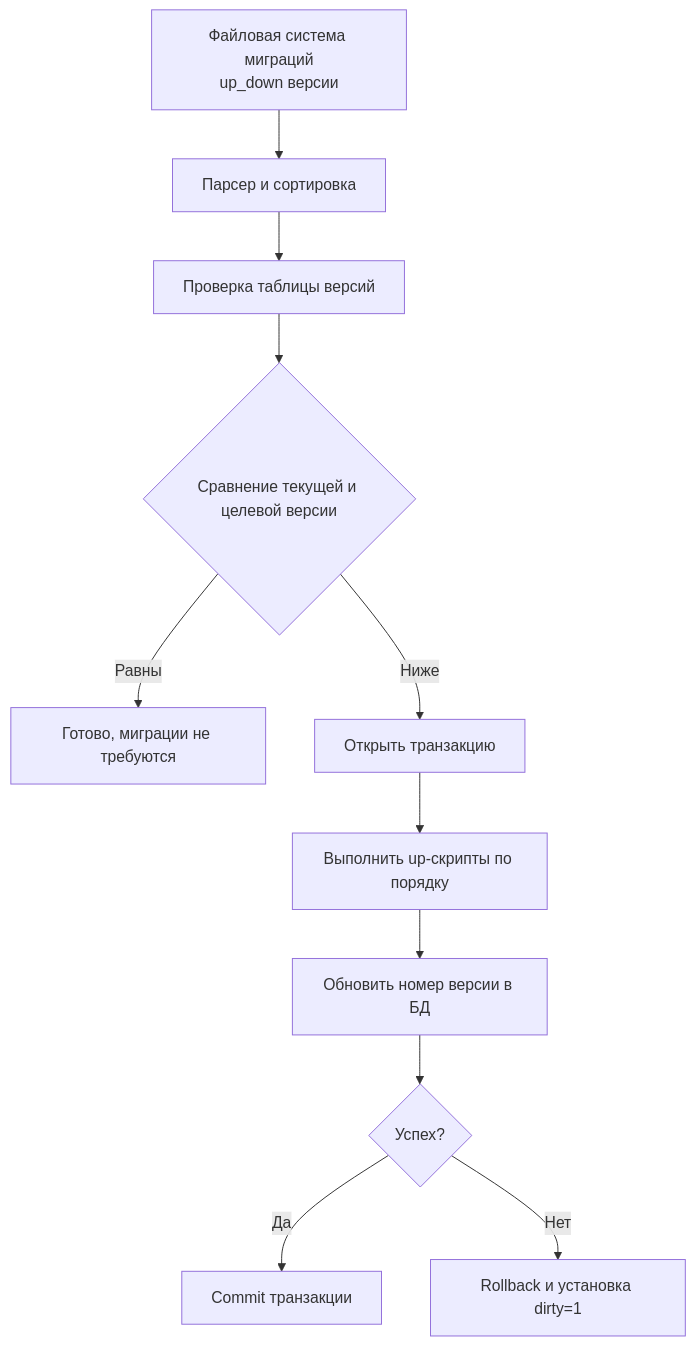
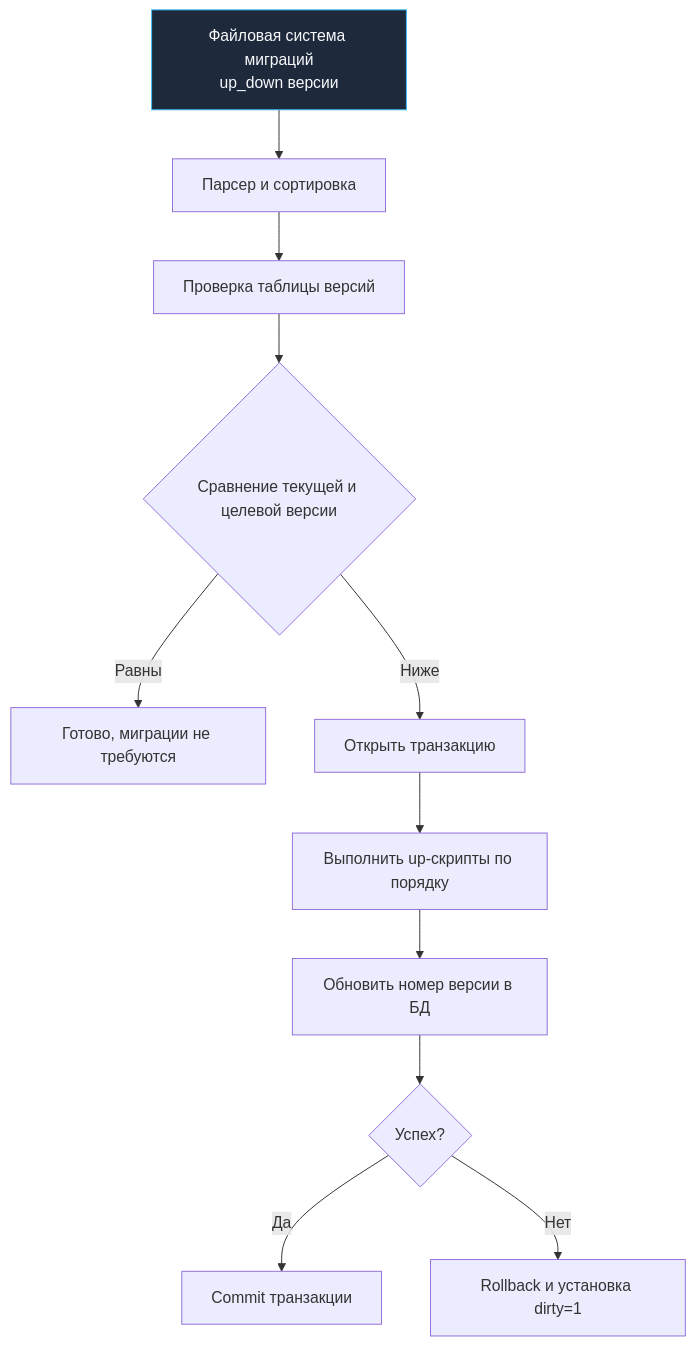
The first of 2 diagrams in sources/12. Базы данных/10. Практика и архитектура/4. Миграции базы данных.md (UnrealTemplier/go-textbook), drawn with Mermaid before and after one commit. The commit also changed other lines of this file and 1666 other files, not shown here.

First line of the commit message:
feat(mermaid): add semantic color classDef to 1369 colorless flowchart/graph diagrams

````diff
--- a/sources/12. Базы данных/10. Практика и архитектура/4. Миграции базы данных.md
+++ b/sources/12. Базы данных/10. Практика и архитектура/4. Миграции базы данных.md
@@ -28,16 +28,26 @@
 ```mermaid
 flowchart TD
-    FS["Файловая система миграций<br>up_down версии"] --> Parse["Парсер и сортировка"]
+    classDef process  fill:#1e293b,stroke:#38bdf8,stroke-width:1px,color:#f8fafc
+    classDef success  fill:#064e3b,stroke:#34d399,stroke-width:1px,color:#f8fafc
+    classDef error    fill:#7f1d1d,stroke:#f87171,stroke-width:1px,color:#f8fafc
+    classDef warning  fill:#78350f,stroke:#fbbf24,stroke-width:1px,color:#f8fafc
+    classDef entry    fill:#1e3a5f,stroke:#38bdf8,stroke-width:2px,color:#f8fafc
+    classDef aux      fill:#334155,stroke:#64748b,stroke-width:1px,color:#f8fafc
+    classDef system   fill:#312e81,stroke:#a78bfa,stroke-width:1px,color:#f8fafc
+    classDef data     fill:#132d29,stroke:#2dd4bf,stroke-width:1px,color:#f8fafc
+    classDef network  fill:#881337,stroke:#fb7185,stroke-width:1px,color:#f8fafc
+    classDef accent   fill:#1e1b4b,stroke:#818cf8,stroke-width:1px,color:#f8fafc
+    FS["Файловая система миграций<br>up_down версии"]:::process --> Parse["Парсер и сортировка"]
     Parse --> Check["Проверка таблицы версий"]
     Check --> DBState{"Сравнение текущей и целевой версии"}
     
     DBState -- Равны --> Done["Готово, миграции не требуются"]
     DBState -- Ниже --> Apply["Открыть транзакцию"]
     
     Apply --> Exec["Выполнить up-скрипты по порядку"]
     Exec --> UpdateVer["Обновить номер версии в БД"]
     UpdateVer --> Commit{"Успех?"}
     
     Commit -- Да --> End["Commit транзакции"]
     Commit -- Нет --> Rollback["Rollback и установка dirty=1"]
 ```
````
